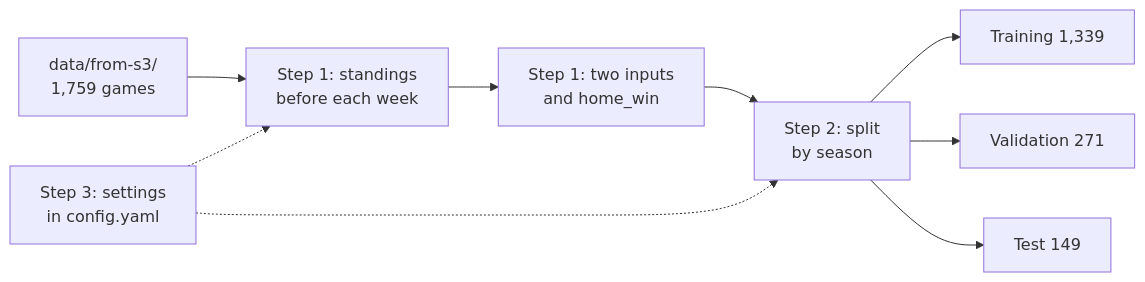
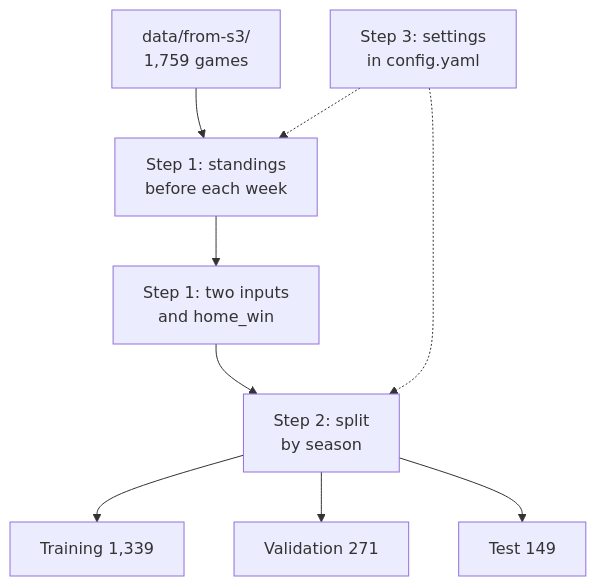
Before and after one commit to jconnors23/510-m3-nfl-prediction-analytics: the diagram in docs/implementation/phase-2/implementation-part-1.md, drawn with Mermaid. The commit also changed other lines of this file and 47 other files, not shown here.

````diff
--- a/docs/implementation/phase-2/implementation-part-1.md
+++ b/docs/implementation/phase-2/implementation-part-1.md
@@ -14,11 +14,11 @@
 ```mermaid
-flowchart LR
+flowchart TB
     A["data/from-s3/<br/>1,759 games"] --> B["Step 1: standings<br/>before each week"]
     B --> C["Step 1: two inputs<br/>and home_win"]
     C --> D["Step 2: split<br/>by season"]
     D --> E["Training 1,339"]
     D --> F["Validation 271"]
     D --> G["Test 149"]
     H["Step 3: settings<br/>in config.yaml"] -.-> B
     H -.-> D
 ```
````
